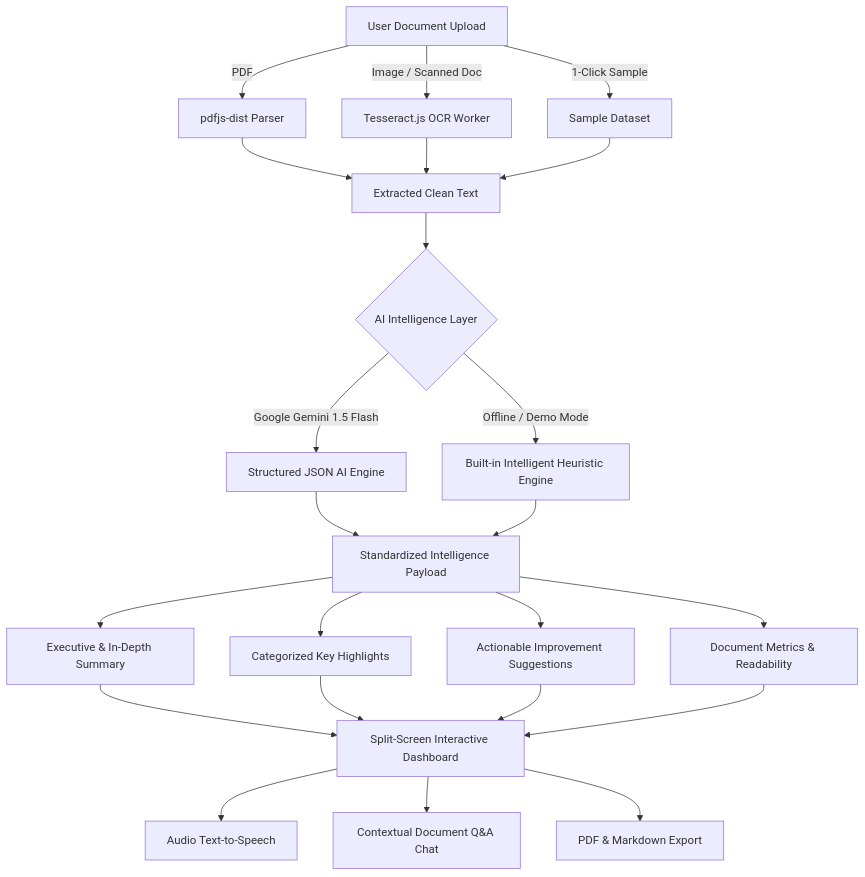
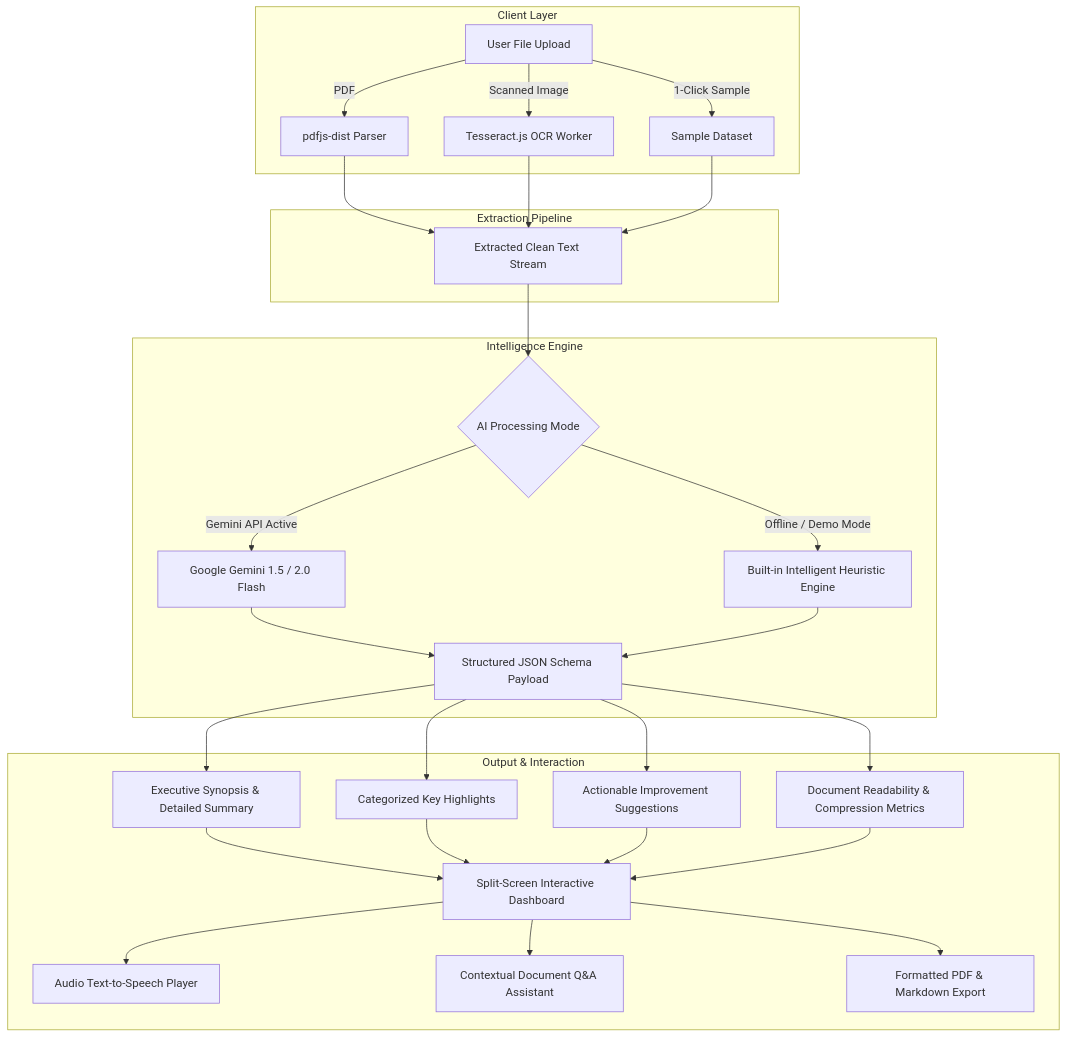
The diagram in README.md (dhanushh00/Document-Summary-Assistant), drawn with Mermaid before and after one commit. The commit also changed other lines of this file, not shown here.

Commit message:
docs: elevate README with executive badges, technical approach writeup, and detailed evaluation matrix

````diff
--- a/README.md
+++ b/README.md
@@ -54,31 +51,38 @@
 ```mermaid
 flowchart TD
-    A[User Document Upload] -->|PDF| B[pdfjs-dist Parser]
-    A -->|Image / Scanned Doc| C[Tesseract.js OCR Worker]
-    A -->|1-Click Sample| D[Sample Dataset]
+    subgraph Client Layer
+        A[User File Upload] -->|PDF| B[pdfjs-dist Parser]
+        A -->|Scanned Image| C[Tesseract.js OCR Worker]
+        A -->|1-Click Sample| D[Sample Dataset]
+    end
 
-    B --> E[Extracted Clean Text]
-    C --> E
-    D --> E
+    subgraph Extraction Pipeline
+        B --> E[Extracted Clean Text Stream]
+        C --> E
+        D --> E
+    end
 
-    E --> F{AI Intelligence Layer}
-    F -->|Google Gemini 1.5 Flash| G[Structured JSON AI Engine]
-    F -->|Offline / Demo Mode| H[Built-in Intelligent Heuristic Engine]
+    subgraph Intelligence Engine
+        E --> F{AI Processing Mode}
+        F -->|Gemini API Active| G[Google Gemini 1.5 / 2.0 Flash]
+        F -->|Offline / Demo Mode| H[Built-in Intelligent Heuristic Engine]
+        G --> I[Structured JSON Schema Payload]
+        H --> I
+    end
 
-    G --> I[Standardized Intelligence Payload]
-    H --> I
+    subgraph Output & Interaction
+        I --> J1[Executive Synopsis & Detailed Summary]
+        I --> J2[Categorized Key Highlights]
+        I --> J3[Actionable Improvement Suggestions]
+        I --> J4[Document Readability & Compression Metrics]
+        
+        J1 --> K[Split-Screen Interactive Dashboard]
+        J2 --> K
+        J3 --> K
+        J4 --> K
 
-    I --> J1[Executive & In-Depth Summary]
-    I --> J2[Categorized Key Highlights]
-    I --> J3[Actionable Improvement Suggestions]
-    I --> J4[Document Metrics & Readability]
-
-    J1 --> K[Split-Screen Interactive Dashboard]
-    J2 --> K
-    J3 --> K
-    J4 --> K
-
-    K --> L1[Audio Text-to-Speech]
-    K --> L2[Contextual Document Q&A Chat]
-    K --> L3[PDF & Markdown Export]
+        K --> L1[Audio Text-to-Speech Player]
+        K --> L2[Contextual Document Q&A Assistant]
+        K --> L3[Formatted PDF & Markdown Export]
+    end
 ```
````
